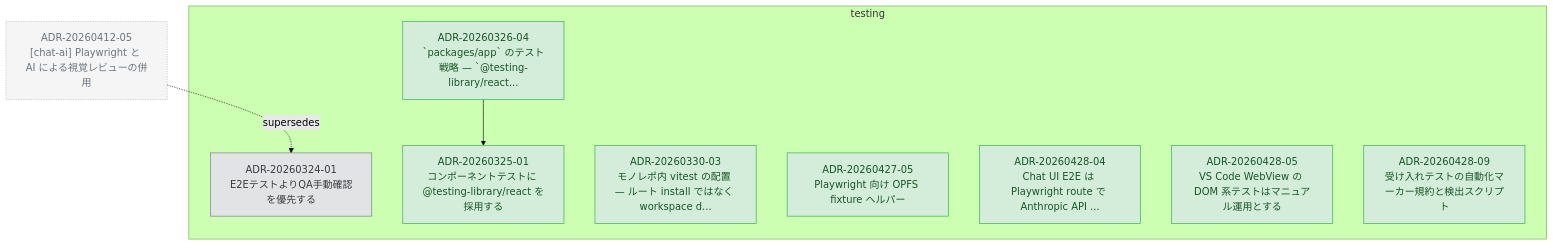
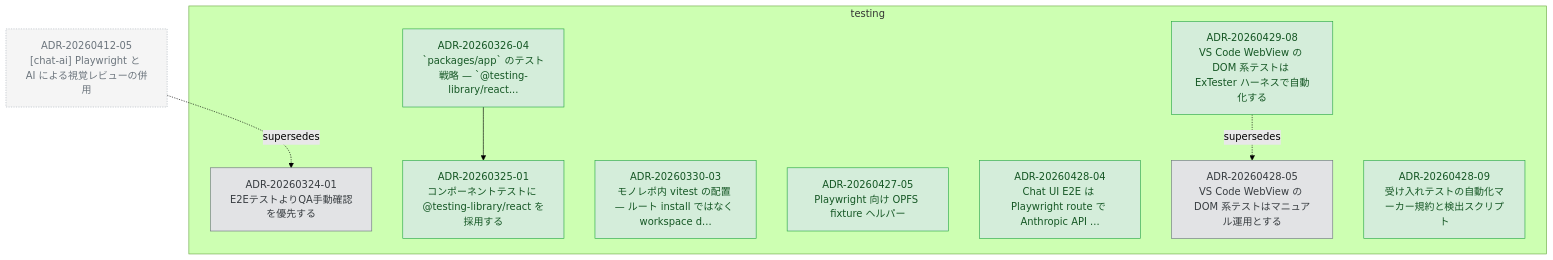
Before and after one commit to kompiro/karasu: the diagram in docs/adr/graph/testing.md, drawn with Mermaid (forest theme). The commit also changed other lines of this file and 6 other files, not shown here.

````diff
--- a/docs/adr/graph/testing.md
+++ b/docs/adr/graph/testing.md
@@ -6,32 +6,35 @@
 ```mermaid
 flowchart TD
   subgraph testing["testing"]
     ADR_20260324_01["ADR-20260324-01<br/>E2EテストよりQA手動確認を優先する"]
     ADR_20260325_01["ADR-20260325-01<br/>コンポーネントテストに @testing-library/react を採用する"]
     ADR_20260326_04["ADR-20260326-04<br/>`packages/app` のテスト戦略 — `@testing-library/react..."]
     ADR_20260330_03["ADR-20260330-03<br/>モノレポ内 vitest の配置 — ルート install ではなく workspace d..."]
     ADR_20260427_05["ADR-20260427-05<br/>Playwright 向け OPFS fixture ヘルパー"]
     ADR_20260428_04["ADR-20260428-04<br/>Chat UI E2E は Playwright route で Anthropic API ..."]
     ADR_20260428_05["ADR-20260428-05<br/>VS Code WebView の DOM 系テストはマニュアル運用とする"]
     ADR_20260428_09["ADR-20260428-09<br/>受け入れテストの自動化マーカー規約と検出スクリプト"]
+    ADR_20260429_08["ADR-20260429-08<br/>VS Code WebView の DOM 系テストは ExTester ハーネスで自動化する"]
   end
   ADR_20260412_05["ADR-20260412-05<br/>[chat-ai] Playwright と AI による視覚レビューの併用"]
   ADR_20260326_04 --> ADR_20260325_01
+  ADR_20260429_08 -.supersedes.-> ADR_20260428_05
   ADR_20260412_05 -.supersedes.-> ADR_20260324_01
 
   classDef accepted fill:#d4edda,stroke:#28a745,color:#155724
   classDef proposed fill:#fff3cd,stroke:#ffc107,color:#856404
   classDef deprecated fill:#f8d7da,stroke:#dc3545,color:#721c24
   classDef superseded fill:#e2e3e5,stroke:#6c757d,color:#383d41
   classDef not_adopted fill:#e2e3e5,stroke:#6c757d,color:#383d41,stroke-dasharray:3 3
   classDef ghost fill:#f5f5f5,stroke:#adb5bd,color:#6c757d,stroke-dasharray:2 2
   class ADR_20260324_01 superseded
   class ADR_20260325_01 accepted
   class ADR_20260326_04 accepted
   class ADR_20260330_03 accepted
   class ADR_20260427_05 accepted
   class ADR_20260428_04 accepted
-  class ADR_20260428_05 accepted
+  class ADR_20260428_05 superseded
   class ADR_20260428_09 accepted
+  class ADR_20260429_08 accepted
   class ADR_20260412_05 ghost
 ```
````
